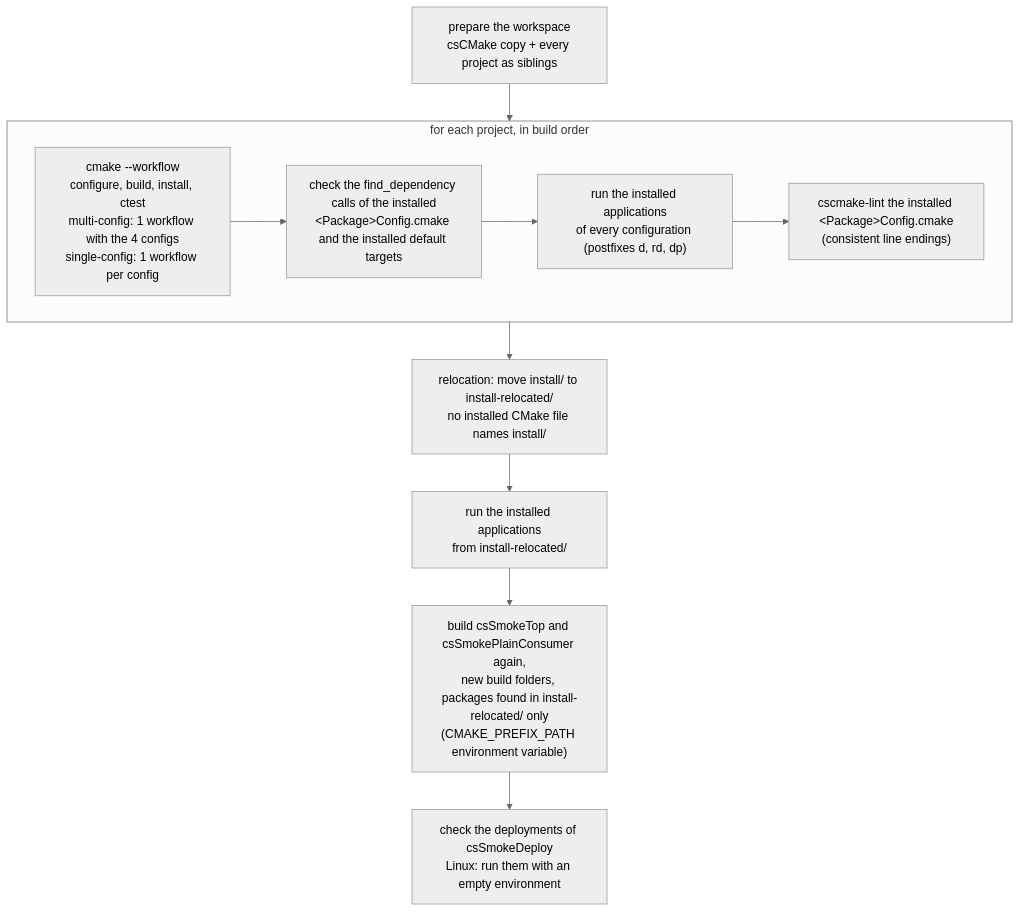
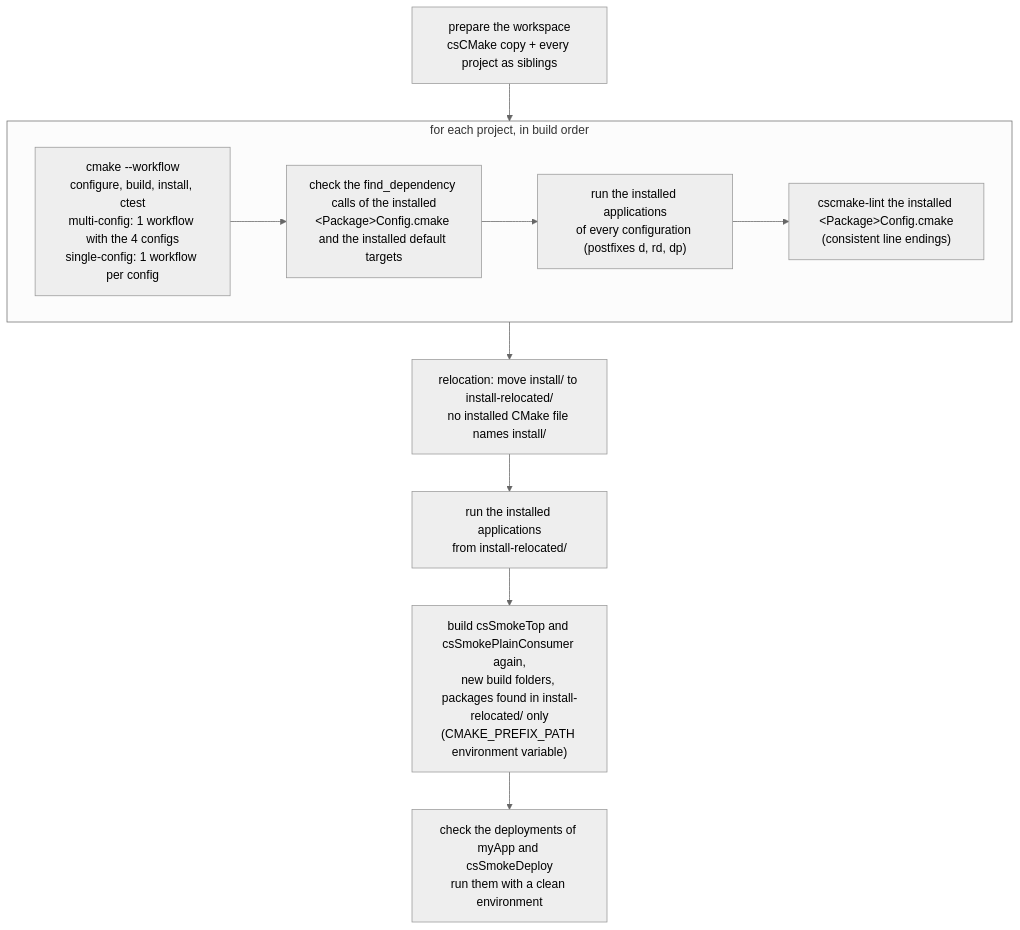
The third of 3 diagrams in docs/advanced/smoke-tests.md (cscosine/csCMake), drawn with Mermaid (neutral theme) before and after one commit. The commit also changed other lines of this file and 10 other files, not shown here.

````diff
--- a/docs/advanced/smoke-tests.md
+++ b/docs/advanced/smoke-tests.md
@@ -101,15 +101,15 @@
 ```mermaid
 flowchart TD
     ws["prepare the workspace<br/>csCMake copy + every project as siblings"] --> loop
     subgraph loop["for each project, in build order"]
         wf["cmake --workflow<br/>configure, build, install, ctest<br/>multi-config: 1 workflow with the 4 configs<br/>single-config: 1 workflow per config"]
         deps["check the find_dependency calls of the installed<br/>&lt;Package&gt;Config.cmake and the installed default targets"]
         apps["run the installed applications<br/>of every configuration (postfixes d, rd, dp)"]
         lint["cscmake-lint the installed &lt;Package&gt;Config.cmake<br/>(consistent line endings)"]
         wf --> deps --> apps --> lint
     end
     loop --> move["relocation: move install/ to install-relocated/<br/>no installed CMake file names install/"]
     move --> moved["run the installed applications<br/>from install-relocated/"]
     moved --> rebuild["build csSmokeTop and csSmokePlainConsumer again,<br/>new build folders, packages found in install-relocated/ only<br/>(CMAKE_PREFIX_PATH environment variable)"]
-    rebuild --> deployments["check the deployments of csSmokeDeploy<br/>Linux: run them with an empty environment"]
+    rebuild --> deployments["check the deployments of myApp and csSmokeDeploy<br/>run them with a clean environment"]
 ```
````
